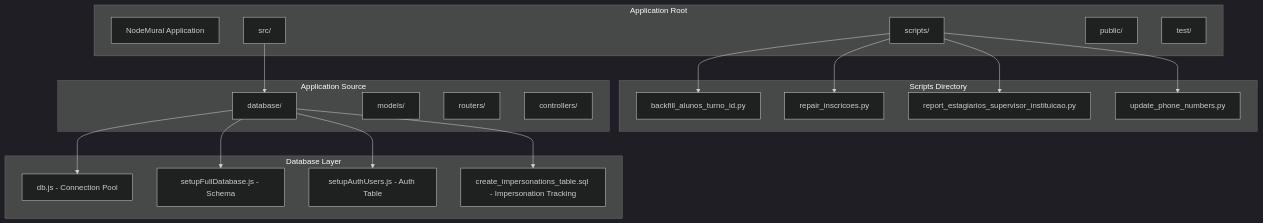
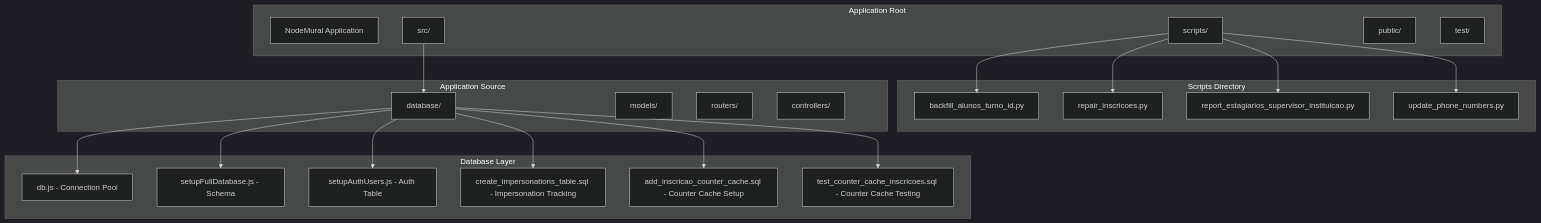
One commit to luiseduacosta/nodemural changed the first of 8 diagrams in .qoder/repowiki/en/content/Data Models & Database Design/Database Architecture & Connection Management/Database Integrity Maintenance Scripts.md. Above: the diagram before and after it, drawn with Mermaid (dark theme). The commit also changed other lines of this file and 16 other files, not shown here.

````diff
--- a/.qoder/repowiki/en/content/Data Models & Database Design/Database Architecture & Connection Management/Database Integrity Maintenance Scripts.md
+++ b/.qoder/repowiki/en/content/Data Models & Database Design/Database Architecture & Connection Management/Database Integrity Maintenance Scripts.md
@@ -38,37 +49,41 @@
 ```mermaid
 graph TB
 subgraph "Application Root"
 A[NodeMural Application]
 B[scripts/]
 C[src/]
 D[public/]
 E[test/]
 end
 subgraph "Scripts Directory"
 F[backfill_alunos_turno_id.py]
 G[repair_inscricoes.py]
 H[report_estagiarios_supervisor_instituicao.py]
 I[update_phone_numbers.py]
 end
 subgraph "Application Source"
 J[database/]
 K[models/]
 L[routers/]
 M[controllers/]
 end
 subgraph "Database Layer"
 N[db.js - Connection Pool]
 O[setupFullDatabase.js - Schema]
 P[setupAuthUsers.js - Auth Table]
 Q[create_impersonations_table.sql - Impersonation Tracking]
+R[add_inscricao_counter_cache.sql - Counter Cache Setup]
+S[test_counter_cache_inscricoes.sql - Counter Cache Testing]
 end
 B --> F
 B --> G
 B --> H
 B --> I
 C --> J
 J --> N
 J --> O
 J --> P
 J --> Q
+J --> R
+J --> S
 ```
````
